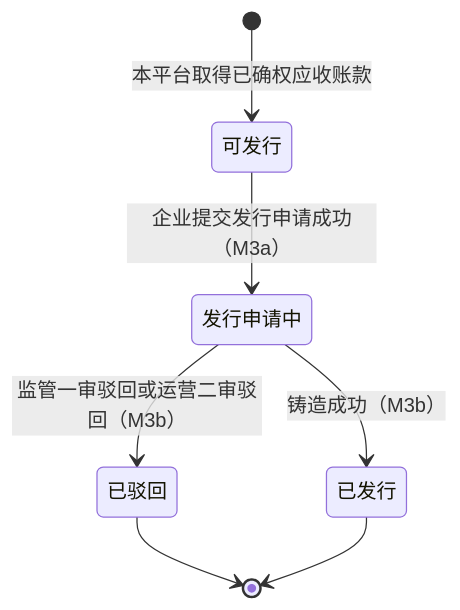
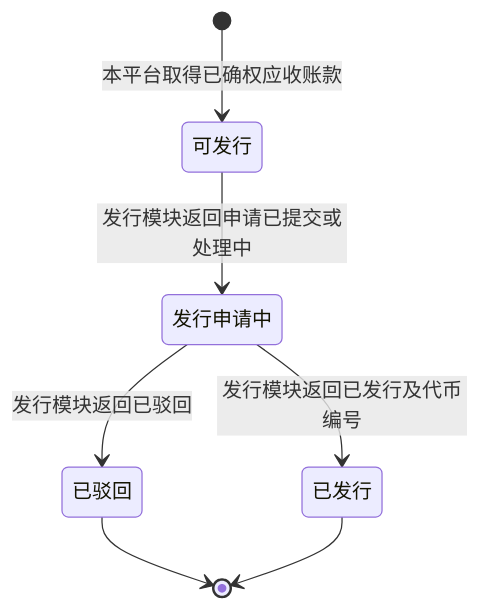
One commit to wxblockchain/Chain-Financing changed the second of 6 diagrams in token-issuance-platform/PRD/两端共用/M2-可信资产/02-可信资产-流程图与状态机.md. Above: the diagram before and after it, drawn with Mermaid. The commit also changed other lines of this file and 2 other files, not shown here.

````diff
--- a/token-issuance-platform/PRD/两端共用/M2-可信资产/02-可信资产-流程图与状态机.md
+++ b/token-issuance-platform/PRD/两端共用/M2-可信资产/02-可信资产-流程图与状态机.md
@@ -44,14 +42,14 @@
 ```mermaid
 stateDiagram-v2
     state "可发行" as S1
     state "发行申请中" as S2
     state "已驳回" as S3
     state "已发行" as S4
 
     [*] --> S1: 本平台取得已确权应收账款
-    S1 --> S2: 企业提交发行申请成功（M3a）
-    S2 --> S3: 监管一审驳回或运营二审驳回（M3b）
-    S2 --> S4: 铸造成功（M3b）
+    S1 --> S2: 发行模块返回申请已提交或处理中
+    S2 --> S3: 发行模块返回已驳回
+    S2 --> S4: 发行模块返回已发行及代币编号
     S3 --> [*]
     S4 --> [*]
 ```
````
